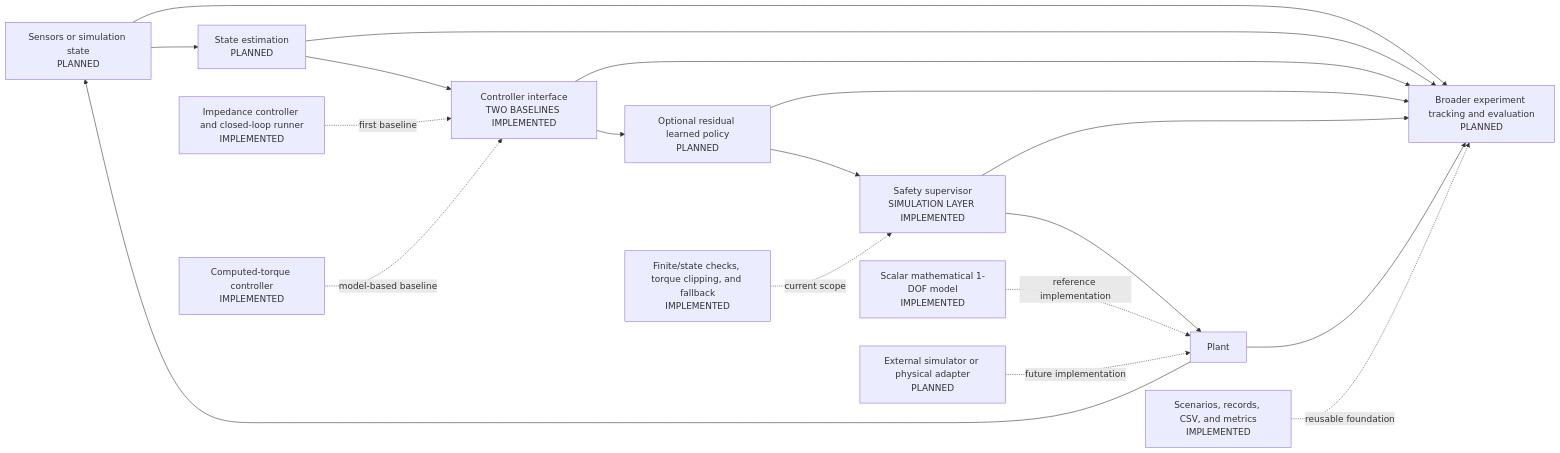
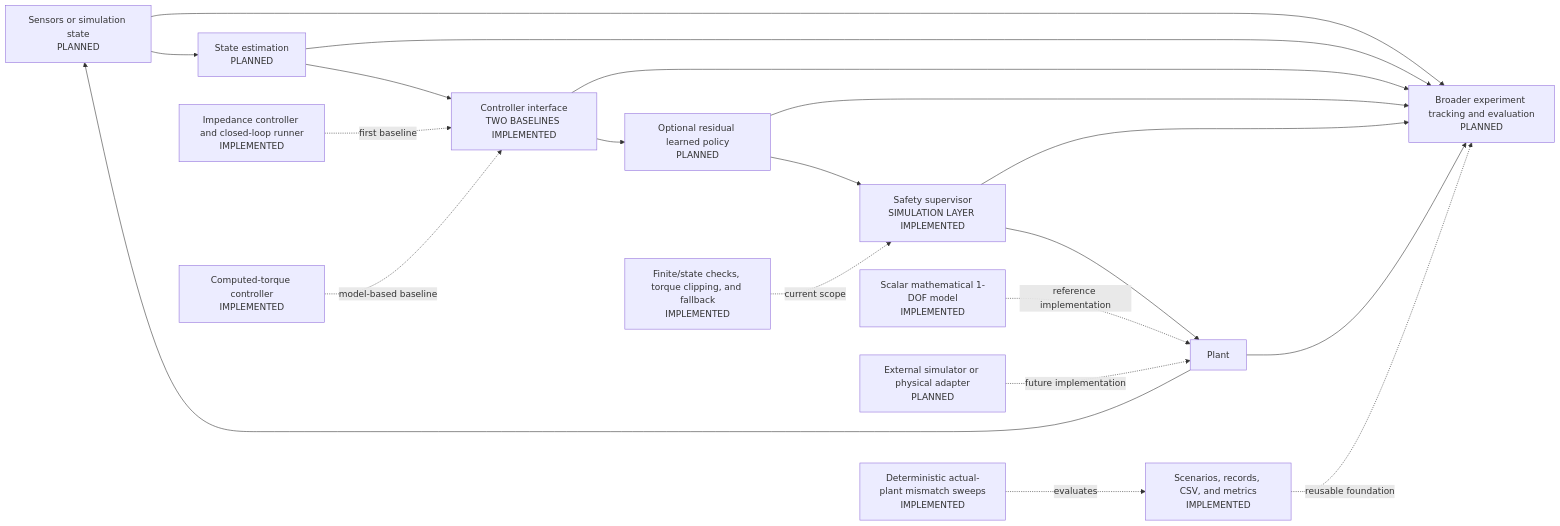
The second of 2 diagrams in docs/developer_guide.md (LeMonsieurPompidou/adaptive-assist), drawn with Mermaid before and after one commit. The commit also changed other lines of this file and 24 other files, not shown here.

Commit message:
feat: add deterministic model mismatch evaluation

````diff
--- a/docs/developer_guide.md
+++ b/docs/developer_guide.md
@@ -454,24 +544,25 @@
 ```mermaid
 flowchart LR
     A[Sensors or simulation state<br/>PLANNED] --> B[State estimation<br/>PLANNED]
     B --> C[Controller interface<br/>TWO BASELINES IMPLEMENTED]
     C --> D[Optional residual learned policy<br/>PLANNED]
     D --> E[Safety supervisor<br/>SIMULATION LAYER IMPLEMENTED]
     E --> F[Plant]
     F --> A
 
     F1[Scalar mathematical 1-DOF model<br/>IMPLEMENTED] -. reference implementation .-> F
     F2[External simulator or physical adapter<br/>PLANNED] -. future implementation .-> F
 
     A --> G[Broader experiment tracking and evaluation<br/>PLANNED]
     B --> G
     C --> G
     D --> G
     E --> G
     F --> G
 
     H[Scenarios, records, CSV, and metrics<br/>IMPLEMENTED] -. reusable foundation .-> G
     I[Impedance controller and closed-loop runner<br/>IMPLEMENTED] -. first baseline .-> C
     J[Computed-torque controller<br/>IMPLEMENTED] -. model-based baseline .-> C
     K[Finite/state checks, torque clipping, and fallback<br/>IMPLEMENTED] -. current scope .-> E
+    L[Deterministic actual-plant mismatch sweeps<br/>IMPLEMENTED] -. evaluates .-> H
 ```
````
